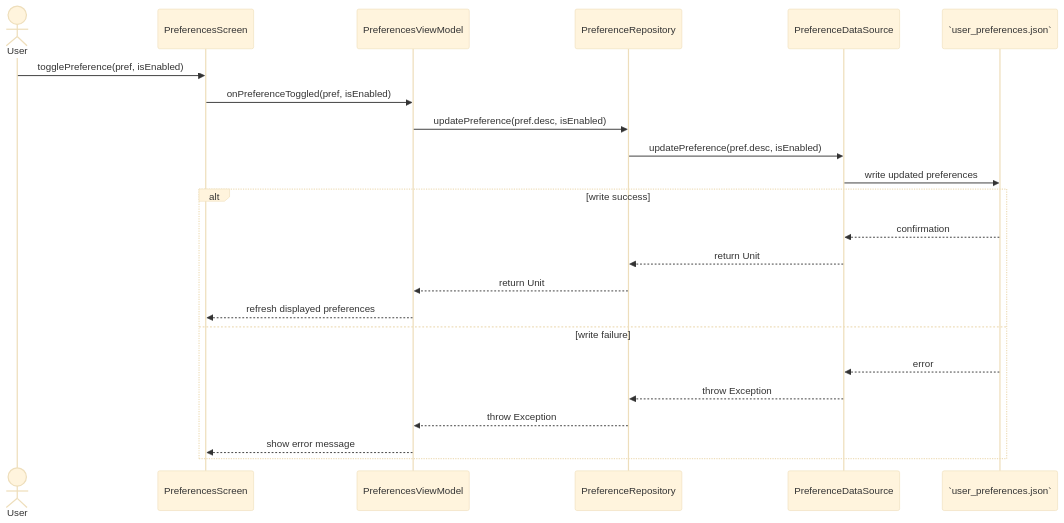
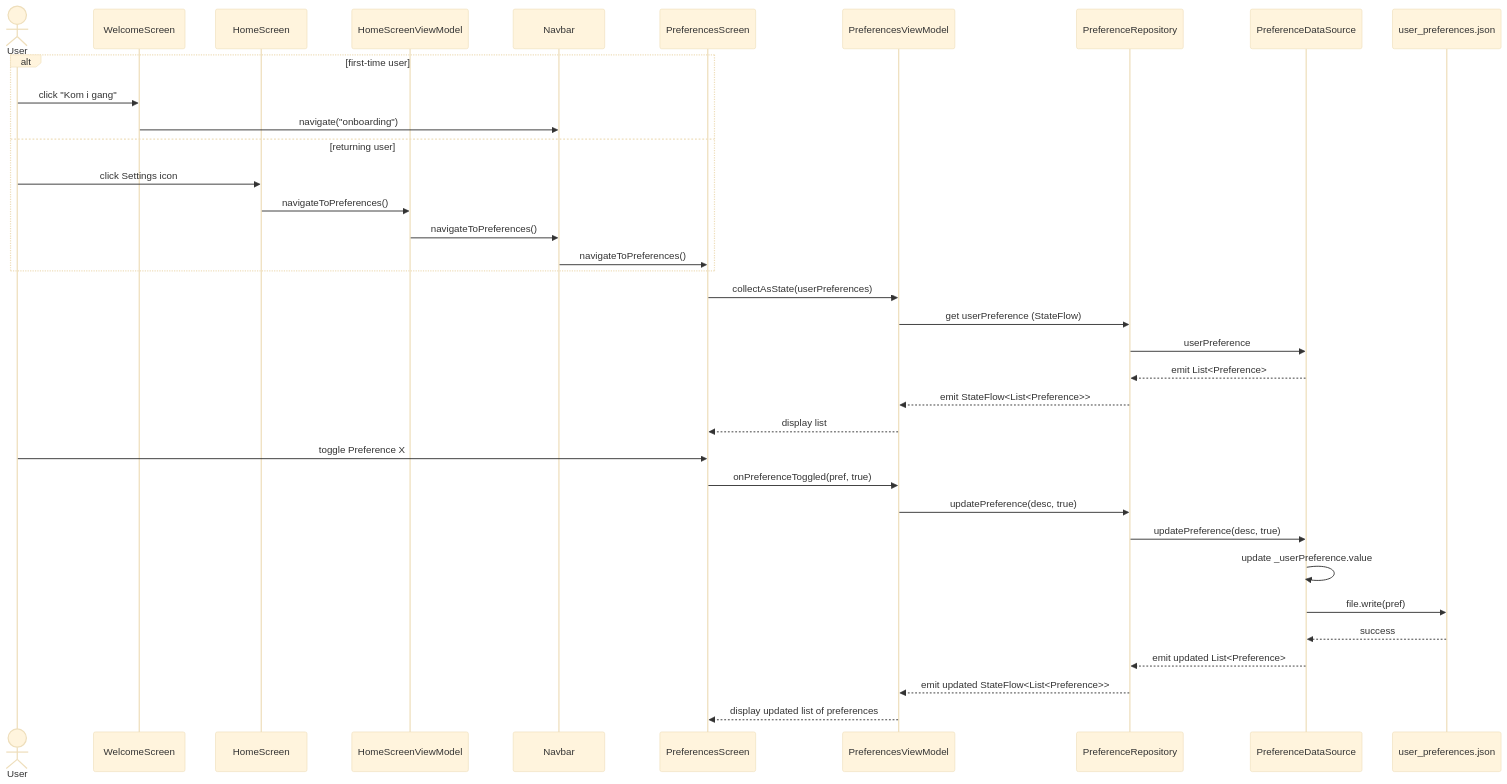
One commit to GithubTechsupport/VaerAktiv changed the diagram in diagrams/edit_preferences/sequencediagram.md. Above: the diagram before and after it, drawn with Mermaid (base theme). The commit also changed 33 other files, not shown here.

````diff
--- a/diagrams/edit_preferences/sequencediagram.md
+++ b/diagrams/edit_preferences/sequencediagram.md
@@ -1,26 +1,41 @@
 ```mermaid
 sequenceDiagram
     actor User
-    participant UI as PreferencesScreen
-    participant VM as PreferencesViewModel
+    participant Welcome as WelcomeScreen
+    participant Home as HomeScreen
+    participant HomeVM as HomeScreenViewModel
+    participant Nav as Navbar
+
+    participant PrefUI as PreferencesScreen
+    participant PrefVM as PreferencesViewModel
     participant Repo as PreferenceRepository
     participant DS as PreferenceDataSource
-    participant File as `user_preferences.json`
+    participant File as user_preferences.json
 
-    User->>UI: togglePreference(pref, isEnabled)
-    UI->>VM: onPreferenceToggled(pref, isEnabled)
-    VM->>Repo: updatePreference(pref.desc, isEnabled)
-    Repo->>DS: updatePreference(pref.desc, isEnabled)
-    DS->>File: write updated preferences
-    alt write success
-        File-->>DS: confirmation
-        DS-->>Repo: return Unit
-        Repo-->>VM: return Unit
-        VM-->>UI: refresh displayed preferences
-    else write failure
-        File-->>DS: error
-        DS-->>Repo: throw Exception
-        Repo-->>VM: throw Exception
-        VM-->>UI: show error message
+    alt first-time user
+        User->>Welcome: click "Kom i gang"
+        Welcome->>Nav: navigate("onboarding")
+    else returning user
+        User->>Home: click Settings icon
+        Home->>HomeVM: navigateToPreferences()
+        HomeVM->>Nav: navigateToPreferences()
+        Nav->>PrefUI: navigateToPreferences()
     end
+    PrefUI->>PrefVM: collectAsState(userPreferences)
+    PrefVM->>Repo: get userPreference (StateFlow)
+    Repo->>DS: userPreference
+    DS-->>Repo: emit List<Preference>
+    Repo-->>PrefVM: emit StateFlow<List<Preference>>
+    PrefVM-->>PrefUI: display list
+
+    User->>PrefUI: toggle Preference X
+    PrefUI->>PrefVM: onPreferenceToggled(pref, true)
+    PrefVM->>Repo: updatePreference(desc, true)
+    Repo->>DS: updatePreference(desc, true)
+    DS->>DS: update _userPreference.value
+    DS->>File: file.write(pref)
+    File-->>DS: success
+    DS-->>Repo: emit updated List<Preference>
+    Repo-->>PrefVM: emit updated StateFlow<List<Preference>>
+    PrefVM-->>PrefUI: display updated list of preferences
 ```
````
